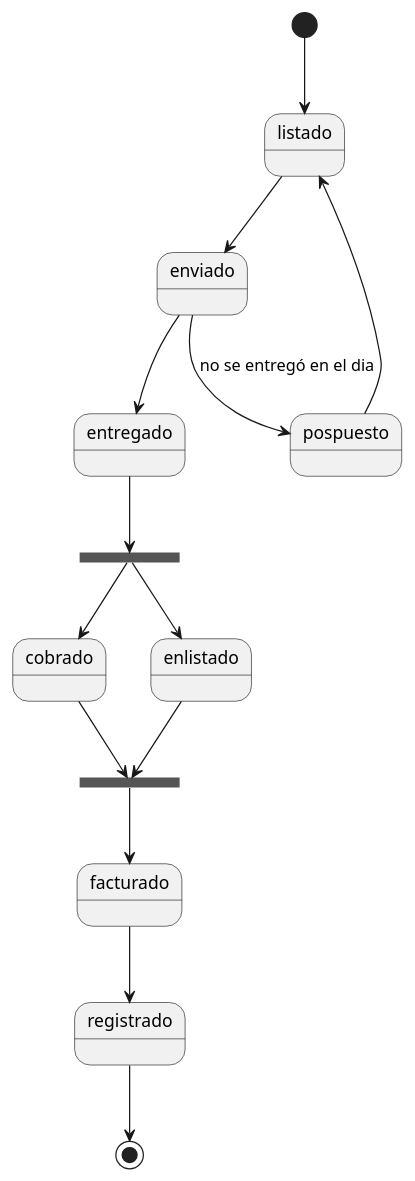
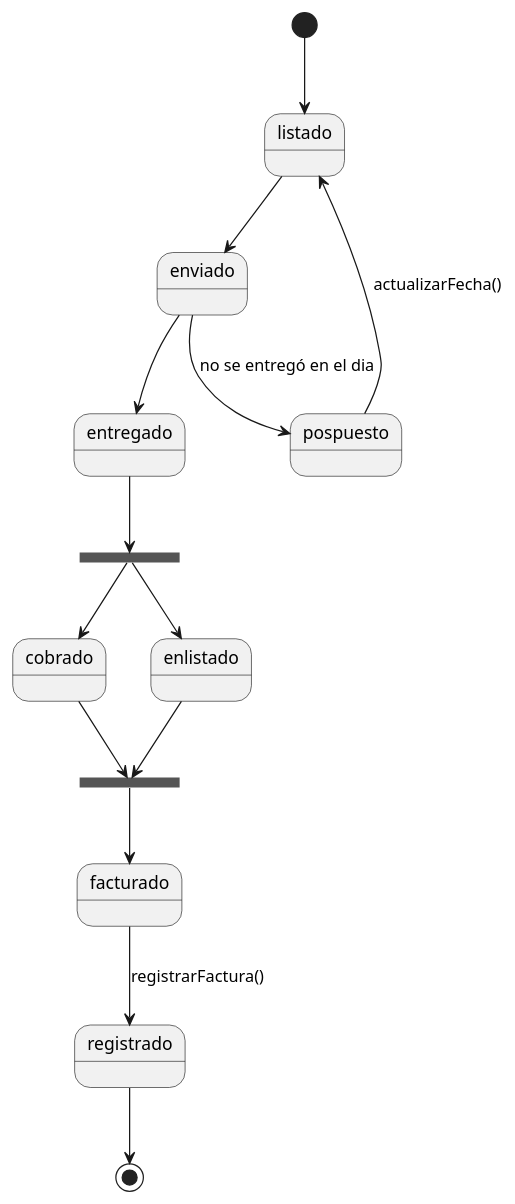
The diagram in estadoPedido.puml (JesusOliveto/DOO), drawn with PlantUML before and after one commit. The commit also changed 1 other file, not shown here.

```diff
--- a/estadoPedido.puml
+++ b/estadoPedido.puml
@@ -2,55 +2,55 @@
 @startuml
 
 [*]-->listado
 
 state listado{
 
 }
 
 state enviado{
 
 }
 
 state entregado{
 
 }
 
 state cobrado{
 
 }
 
 state facturado{
 
 }
 
 state pospuesto{
 
 }
 
 state registrado{
 
 }
 
 state fork <<fork>>
 state join <<join>>
 
 listado --> enviado
 enviado-->entregado
 
 entregado -->fork
 fork --> enlistado
 fork -->cobrado
 
 enlistado-->join
 cobrado-->join
 
 join -->facturado
 
-facturado-->registrado
+facturado-->registrado :registrarFactura()
 
 enviado-->pospuesto :no se entregó en el dia
-pospuesto-->listado
+pospuesto-->listado :actualizarFecha()
 
 registrado-->[*]
 
 @enduml
```
